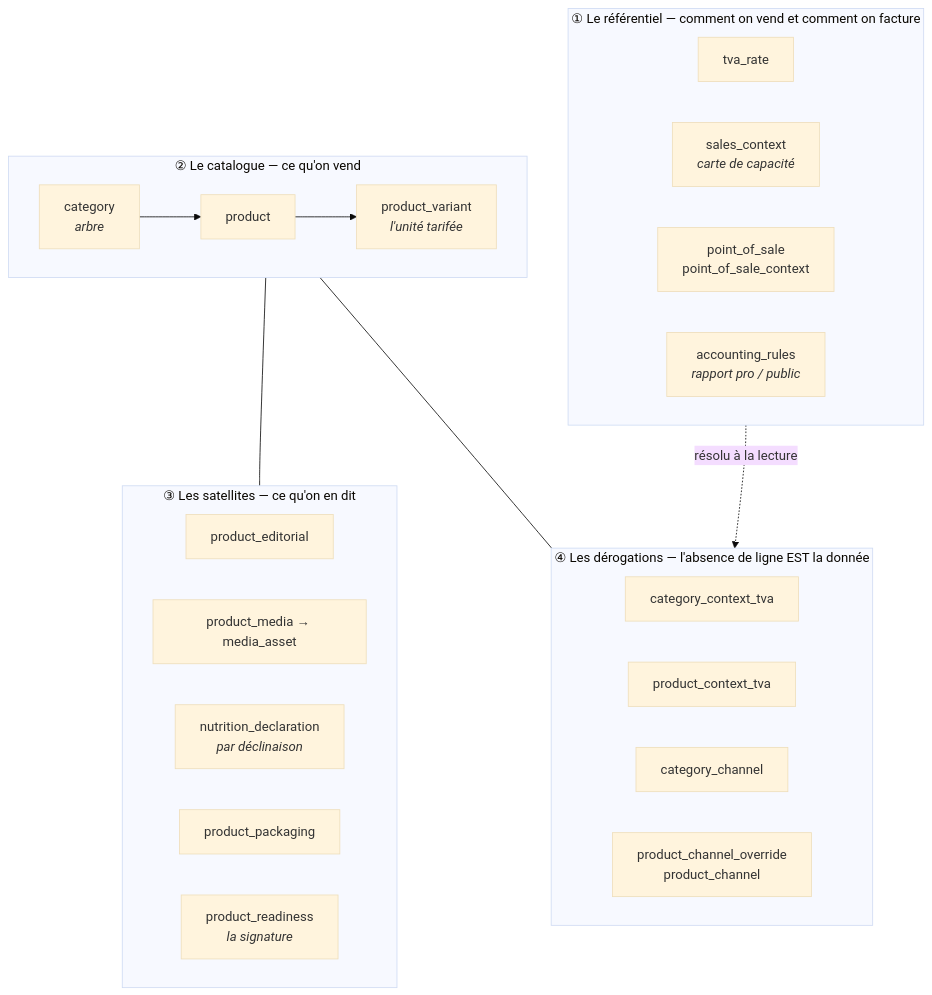
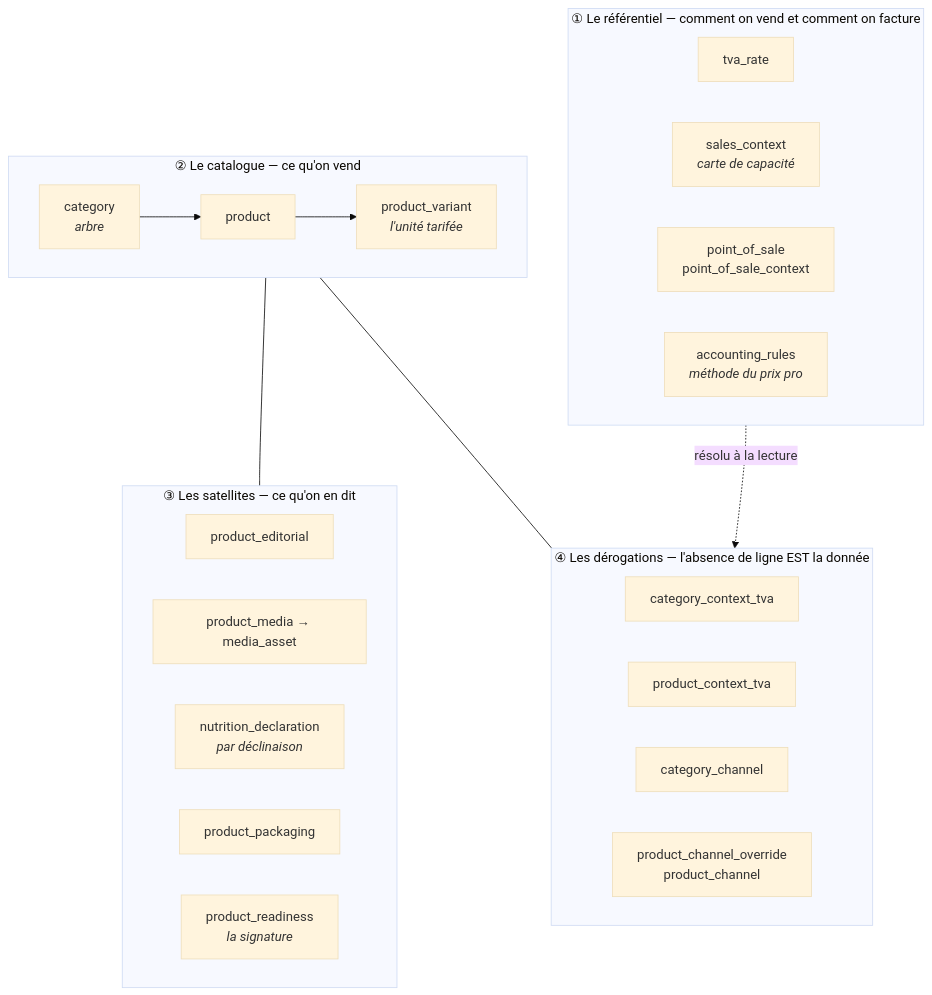
The first of 4 diagrams in documentation/pim/flux-catalogue-et-versionnement.md (hugoheynard/lfd), drawn with Mermaid (base theme) before and after one commit. The commit also changed other lines of this file and 25 other files, not shown here.

````diff
--- a/documentation/pim/flux-catalogue-et-versionnement.md
+++ b/documentation/pim/flux-catalogue-et-versionnement.md
@@ -26,35 +26,35 @@
 ```mermaid
 flowchart TB
     subgraph R["① Le référentiel — comment on vend et comment on facture"]
         VAT["tva_rate"]
         CTX["sales_context<br/><i>carte de capacité</i>"]
         POS["point_of_sale<br/>point_of_sale_context"]
-        ACC["accounting_rules<br/><i>rapport pro / public</i>"]
+        ACC["accounting_rules<br/><i>méthode du prix pro</i>"]
     end
 
     subgraph C["② Le catalogue — ce qu'on vend"]
         CAT["category<br/><i>arbre</i>"]
         PRD["product"]
         VAR["product_variant<br/><i>l'unité tarifée</i>"]
         CAT --> PRD --> VAR
     end
 
     subgraph S["③ Les satellites — ce qu'on en dit"]
         EDI["product_editorial"]
         MED["product_media → media_asset"]
         NUT["nutrition_declaration<br/><i>par déclinaison</i>"]
         PKG["product_packaging"]
         RDY["product_readiness<br/><i>la signature</i>"]
     end
 
     subgraph D["④ Les dérogations — l'absence de ligne EST la donnée"]
         CVT["category_context_tva"]
         PVT["product_context_tva"]
         CCH["category_channel"]
         PCH["product_channel_override<br/>product_channel"]
     end
 
     R -.->|résolu à la lecture| D
     C --- S
     C --- D
 ```
````
